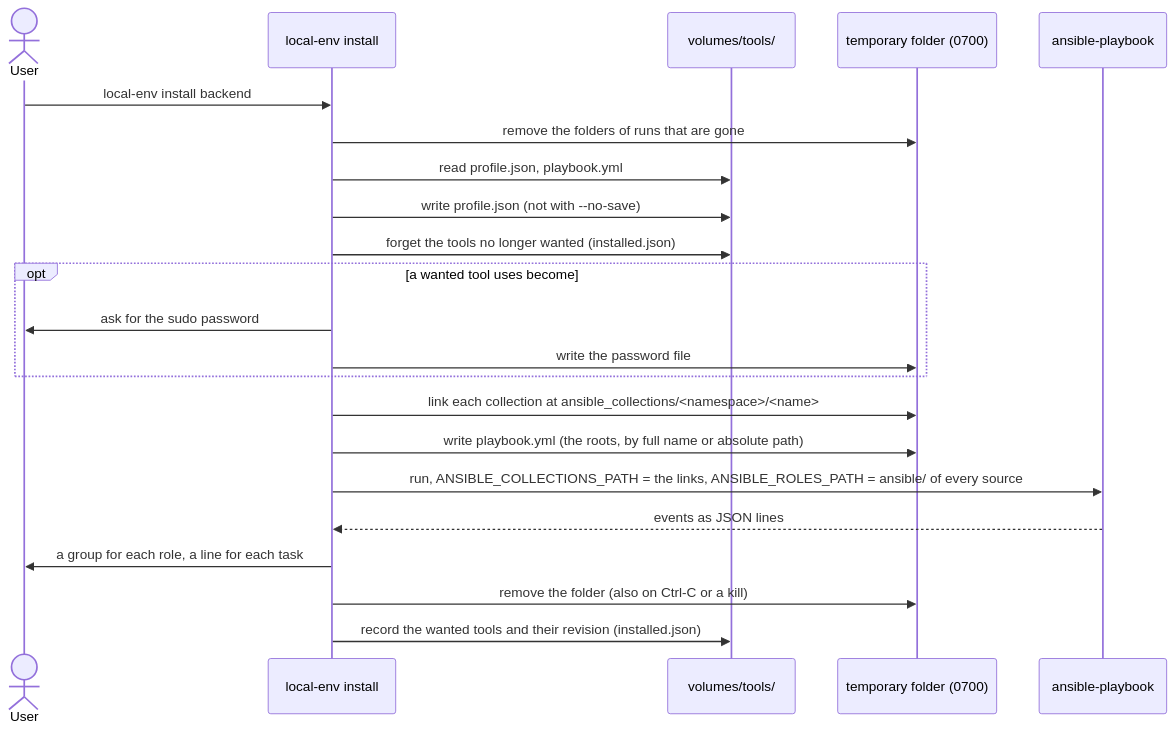
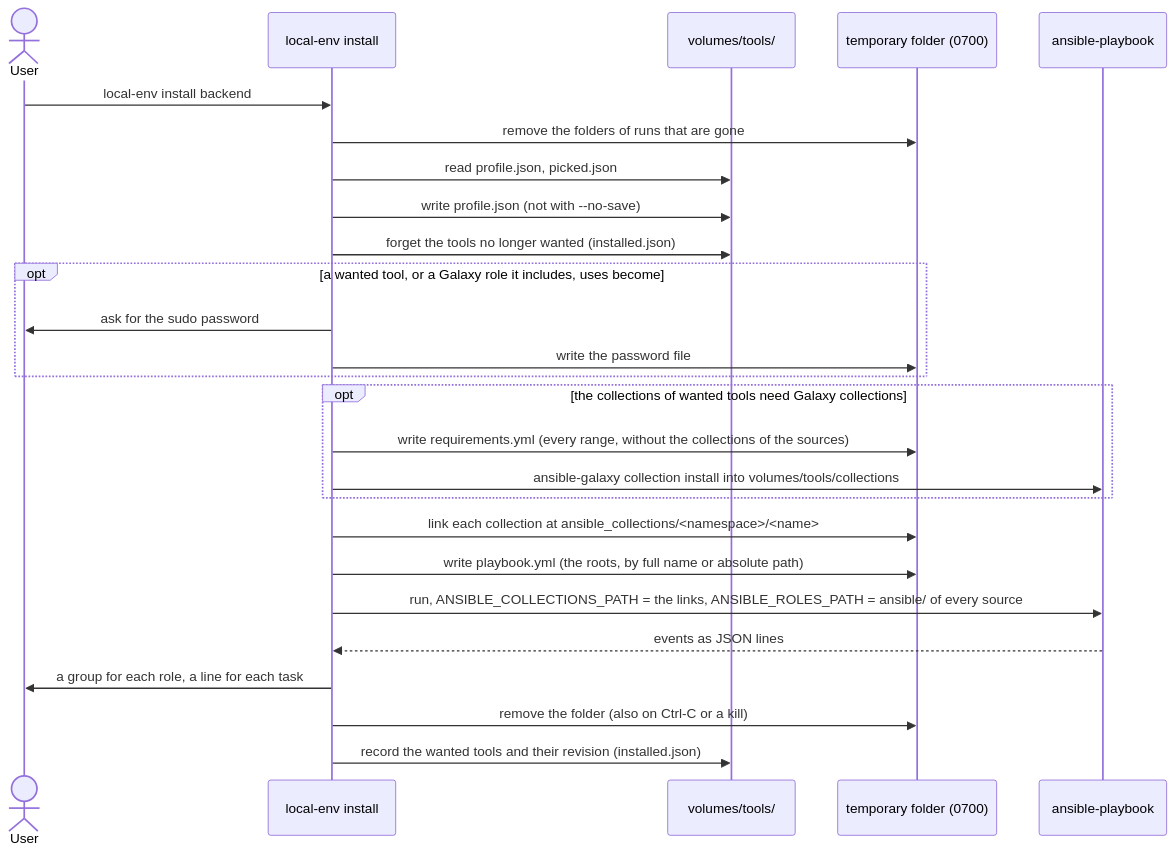
The third of 4 diagrams in docs/features/tools-and-profiles.md (cgaube/local-env), drawn with Mermaid before and after one commit. The commit also changed other lines of this file and 49 other files, not shown here.

First line of the commit message:
add galaxy collections and install toast

````diff
--- a/docs/features/tools-and-profiles.md
+++ b/docs/features/tools-and-profiles.md
@@ -138,25 +150,29 @@
 ```mermaid
 sequenceDiagram
   actor user as User
   participant cli as local-env install
   participant files as volumes/tools/
   participant tmp as temporary folder (0700)
   participant ansible as ansible-playbook
 
   user->>cli: local-env install backend
   cli->>tmp: remove the folders of runs that are gone
-  cli->>files: read profile.json, playbook.yml
+  cli->>files: read profile.json, picked.json
   cli->>files: write profile.json (not with --no-save)
   cli->>files: forget the tools no longer wanted (installed.json)
-  opt a wanted tool uses become
+  opt a wanted tool, or a Galaxy role it includes, uses become
     cli->>user: ask for the sudo password
     cli->>tmp: write the password file
+  end
+  opt the collections of wanted tools need Galaxy collections
+    cli->>tmp: write requirements.yml (every range, without the collections of the sources)
+    cli->>ansible: ansible-galaxy collection install into volumes/tools/collections
   end
   cli->>tmp: link each collection at ansible_collections/#lt;namespace#gt;/#lt;name#gt;
   cli->>tmp: write playbook.yml (the roots, by full name or absolute path)
   cli->>ansible: run, ANSIBLE_COLLECTIONS_PATH = the links, ANSIBLE_ROLES_PATH = ansible/ of every source
   ansible-->>cli: events as JSON lines
   cli->>user: a group for each role, a line for each task
   cli->>tmp: remove the folder (also on Ctrl-C or a kill)
   cli->>files: record the wanted tools and their revision (installed.json)
 ```
````
